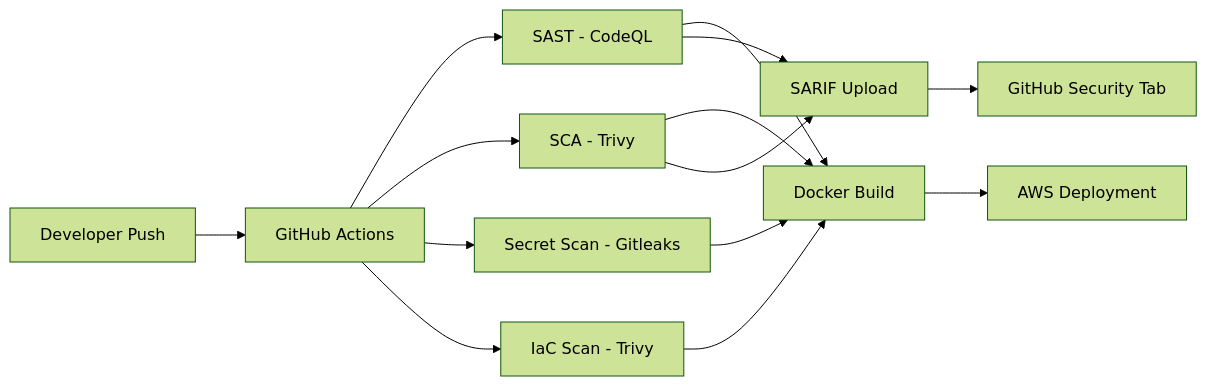
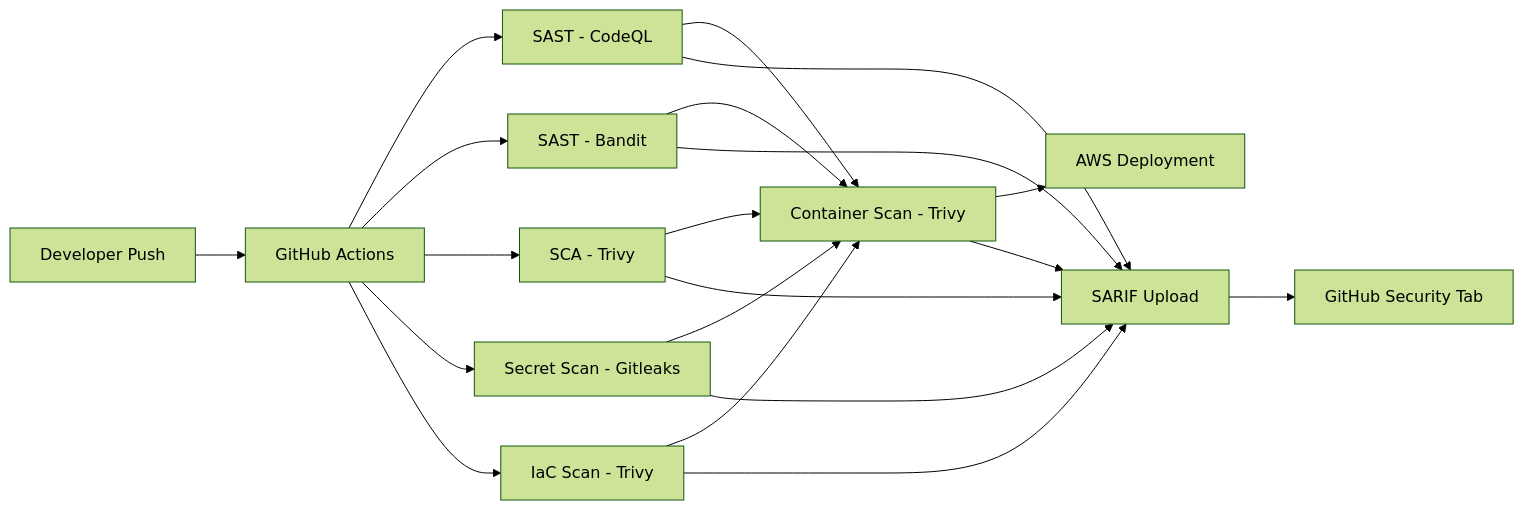
One commit to AurelienKumarathas/devsecops-pipeline-project-1 changed the diagram in README.md. Above: the diagram before and after it, drawn with Mermaid (forest theme). The commit also changed other lines of this file, not shown here.

````diff
--- a/README.md
+++ b/README.md
@@ -64,16 +77,22 @@
 ```mermaid
 graph LR
     A[Developer Push] --> B[GitHub Actions]
     B --> C[SAST - CodeQL]
-    B --> D[SCA - Trivy]
-    B --> E[Secret Scan - Gitleaks]
-    B --> F[IaC Scan - Trivy]
-    C --> G[Docker Build]
-    D --> G
-    E --> G
-    F --> G
-    G --> H[AWS Deployment]
-    C --> I[SARIF Upload]
-    D --> I
-    I --> J[GitHub Security Tab]
+    B --> D[SAST - Bandit]
+    B --> E[SCA - Trivy]
+    B --> F[Secret Scan - Gitleaks]
+    B --> G[IaC Scan - Trivy]
+    C --> H[Container Scan - Trivy]
+    D --> H
+    E --> H
+    F --> H
+    G --> H
+    H --> I[AWS Deployment]
+    C --> J[SARIF Upload]
+    D --> J
+    E --> J
+    F --> J
+    G --> J
+    H --> J
+    J --> K[GitHub Security Tab]
 ```
````
